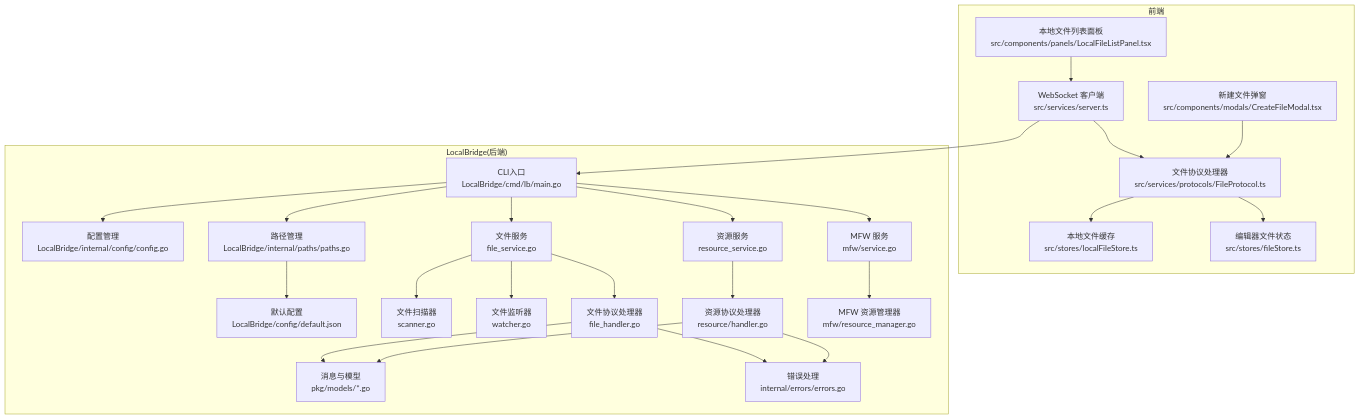
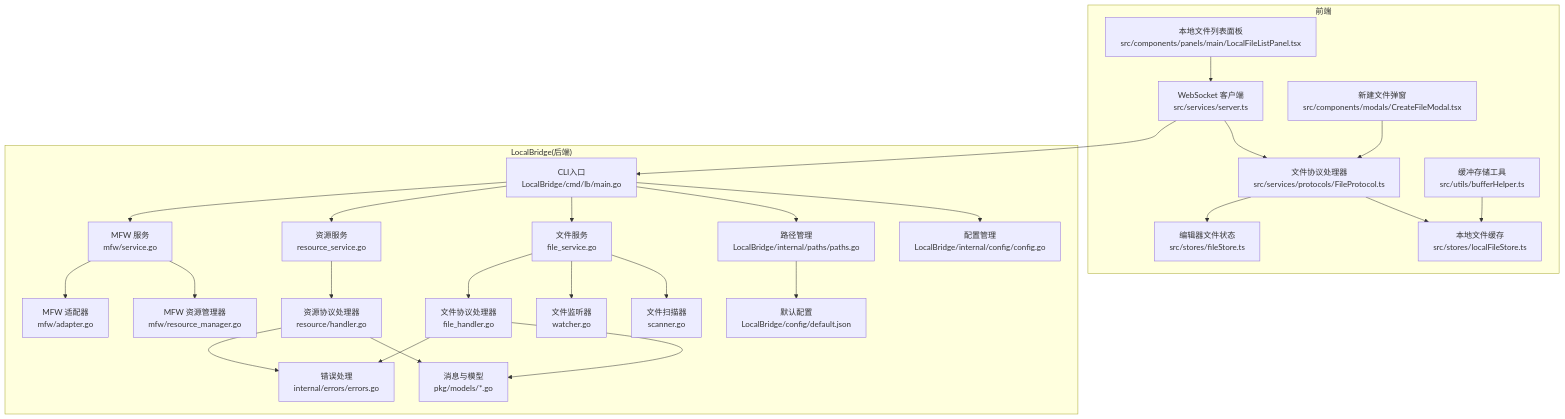
One commit to kqcoxn/MaaPipelineEditor changed the first of 3 diagrams in .qoder/repowiki/zh/content/核心概念/本地文件管理.md. Above: the diagram before and after it, drawn with Mermaid. The commit also changed other lines of this file and 8 other files, not shown here.

````diff
--- a/.qoder/repowiki/zh/content/核心概念/本地文件管理.md
+++ b/.qoder/repowiki/zh/content/核心概念/本地文件管理.md
@@ -79,48 +89,52 @@
 ```mermaid
 graph TB
 subgraph "前端"
 FE_Server["WebSocket 客户端<br/>src/services/server.ts"]
 FE_Protocol["文件协议处理器<br/>src/services/protocols/FileProtocol.ts"]
 FE_LocalStore["本地文件缓存<br/>src/stores/localFileStore.ts"]
 FE_FileStore["编辑器文件状态<br/>src/stores/fileStore.ts"]
-FE_ListPanel["本地文件列表面板<br/>src/components/panels/LocalFileListPanel.tsx"]
+FE_ListPanel["本地文件列表面板<br/>src/components/panels/main/LocalFileListPanel.tsx"]
 FE_CreateModal["新建文件弹窗<br/>src/components/modals/CreateFileModal.tsx"]
+FE_BufferHelper["缓冲存储工具<br/>src/utils/bufferHelper.ts"]
 end
 subgraph "LocalBridge(后端)"
 LB_Main["CLI入口<br/>LocalBridge/cmd/lb/main.go"]
 LB_Config["配置管理<br/>LocalBridge/internal/config/config.go"]
 LB_Paths["路径管理<br/>LocalBridge/internal/paths/paths.go"]
 LB_DefaultConfig["默认配置<br/>LocalBridge/config/default.json"]
 LB_FileSvc["文件服务<br/>file_service.go"]
 LB_Scanner["文件扫描器<br/>scanner.go"]
 LB_Watcher["文件监听器<br/>watcher.go"]
 LB_FileHandler["文件协议处理器<br/>file_handler.go"]
 LB_ResSvc["资源服务<br/>resource_service.go"]
 LB_ResHandler["资源协议处理器<br/>resource/handler.go"]
 LB_MFW["MFW 服务<br/>mfw/service.go"]
 LB_RM["MFW 资源管理器<br/>mfw/resource_manager.go"]
+LB_Adapter["MFW 适配器<br/>mfw/adapter.go"]
 LB_Models["消息与模型<br/>pkg/models/*.go"]
 LB_Errors["错误处理<br/>internal/errors/errors.go"]
 end
 FE_Server --> FE_Protocol
 FE_Protocol --> FE_LocalStore
 FE_Protocol --> FE_FileStore
 FE_ListPanel --> FE_Server
 FE_CreateModal --> FE_Protocol
+FE_BufferHelper --> FE_LocalStore
 FE_Server --> LB_Main
 LB_Main --> LB_Config
 LB_Main --> LB_Paths
 LB_Main --> LB_FileSvc
 LB_Main --> LB_ResSvc
 LB_Main --> LB_MFW
 LB_Paths --> LB_DefaultConfig
 LB_FileSvc --> LB_Scanner
 LB_FileSvc --> LB_Watcher
 LB_FileSvc --> LB_FileHandler
 LB_ResSvc --> LB_ResHandler
 LB_MFW --> LB_RM
+LB_MFW --> LB_Adapter
 LB_FileHandler --> LB_Models
 LB_ResHandler --> LB_Models
 LB_FileHandler --> LB_Errors
 LB_ResHandler --> LB_Errors
 ```
````
